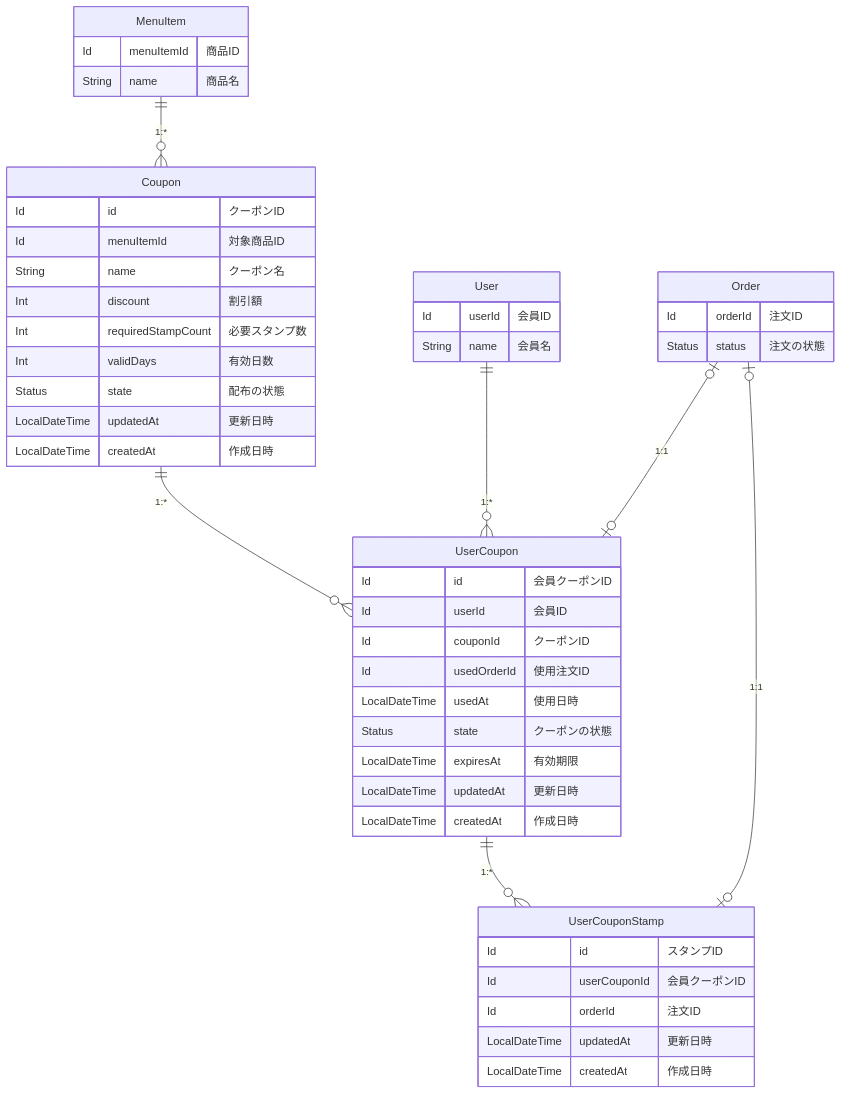
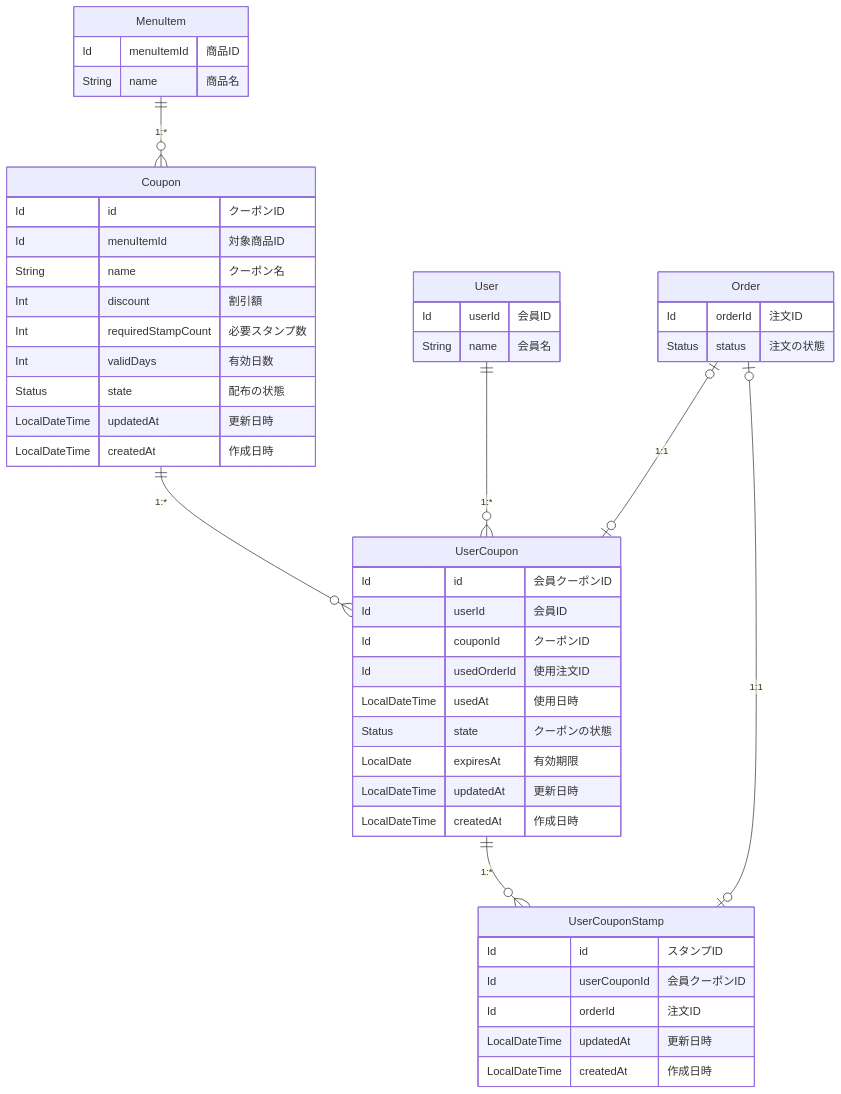
One commit to uekan-source/education-book-scala-app changed the diagram in docs/domain/stampCard/04_final_design.md. Above: the diagram before and after it, drawn with Mermaid. The commit also changed other lines of this file, not shown here.

````diff
--- a/docs/domain/stampCard/04_final_design.md
+++ b/docs/domain/stampCard/04_final_design.md
@@ -40,51 +40,51 @@
 ```mermaid
 erDiagram
     MenuItem   ||--o{ Coupon          : "1:*"
     Coupon     ||--o{ UserCoupon      : "1:*"
     User       ||--o{ UserCoupon      : "1:*"
     Order      |o--o| UserCoupon      : "1:1"
     UserCoupon ||--o{ UserCouponStamp : "1:*"
     Order      |o--o| UserCouponStamp : "1:1"
 
     MenuItem {
         Id menuItemId "商品ID"
         String name "商品名"
     }
     User {
         Id userId "会員ID"
         String name "会員名"
     }
     Order {
         Id orderId "注文ID"
         Status status "注文の状態"
     }
     Coupon {
         Id id "クーポンID"
         Id menuItemId "対象商品ID"
         String name "クーポン名"
         Int discount "割引額"
         Int requiredStampCount "必要スタンプ数"
         Int validDays "有効日数"
         Status state "配布の状態"
         LocalDateTime updatedAt "更新日時"
         LocalDateTime createdAt "作成日時"
     }
     UserCoupon {
         Id id "会員クーポンID"
         Id userId "会員ID"
         Id couponId "クーポンID"
         Id usedOrderId "使用注文ID"
         LocalDateTime usedAt "使用日時"
         Status state "クーポンの状態"
-        LocalDateTime expiresAt "有効期限"
+        LocalDate expiresAt "有効期限"
         LocalDateTime updatedAt "更新日時"
         LocalDateTime createdAt "作成日時"
     }
     UserCouponStamp {
         Id id "スタンプID"
         Id userCouponId "会員クーポンID"
         Id orderId "注文ID"
         LocalDateTime updatedAt "更新日時"
         LocalDateTime createdAt "作成日時"
     }
 ```
````
